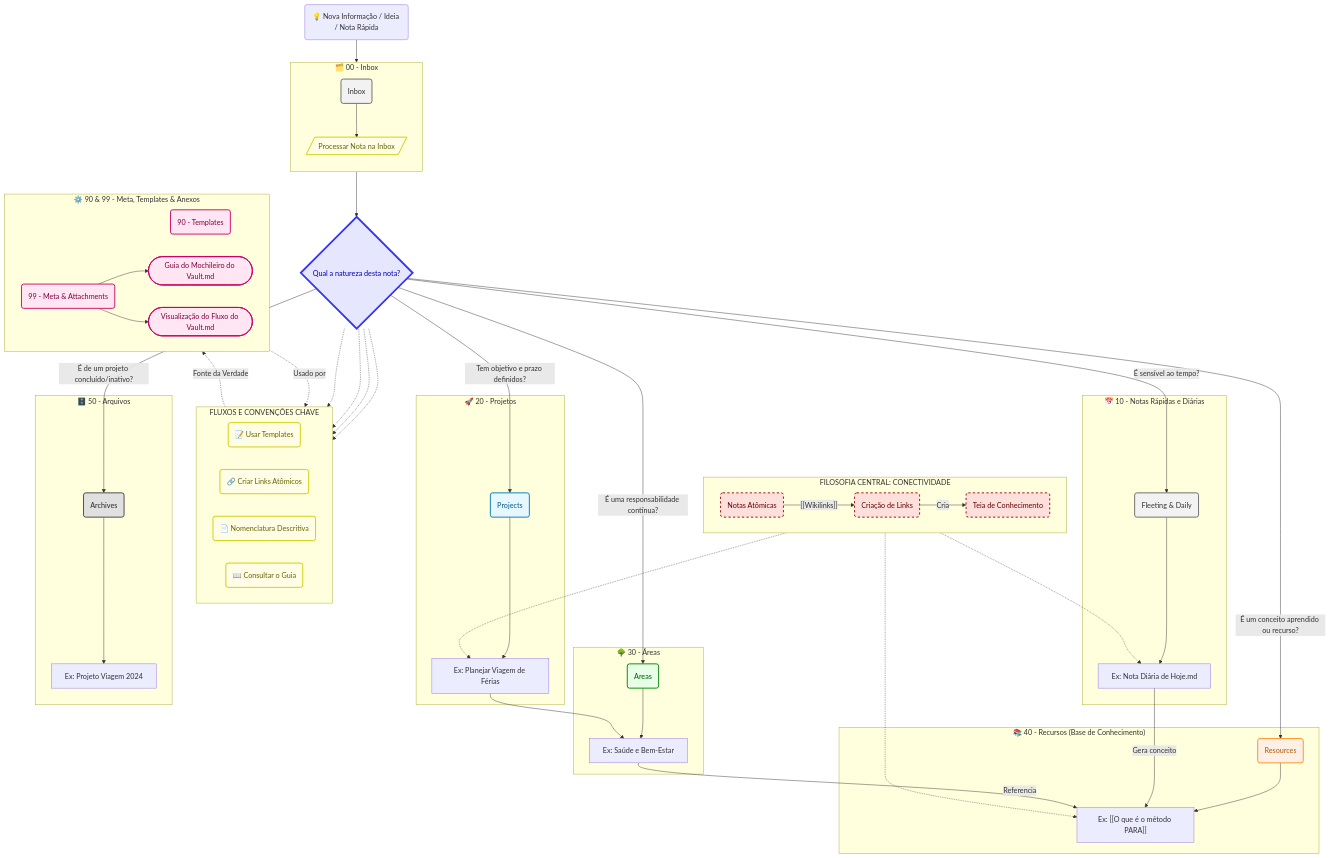
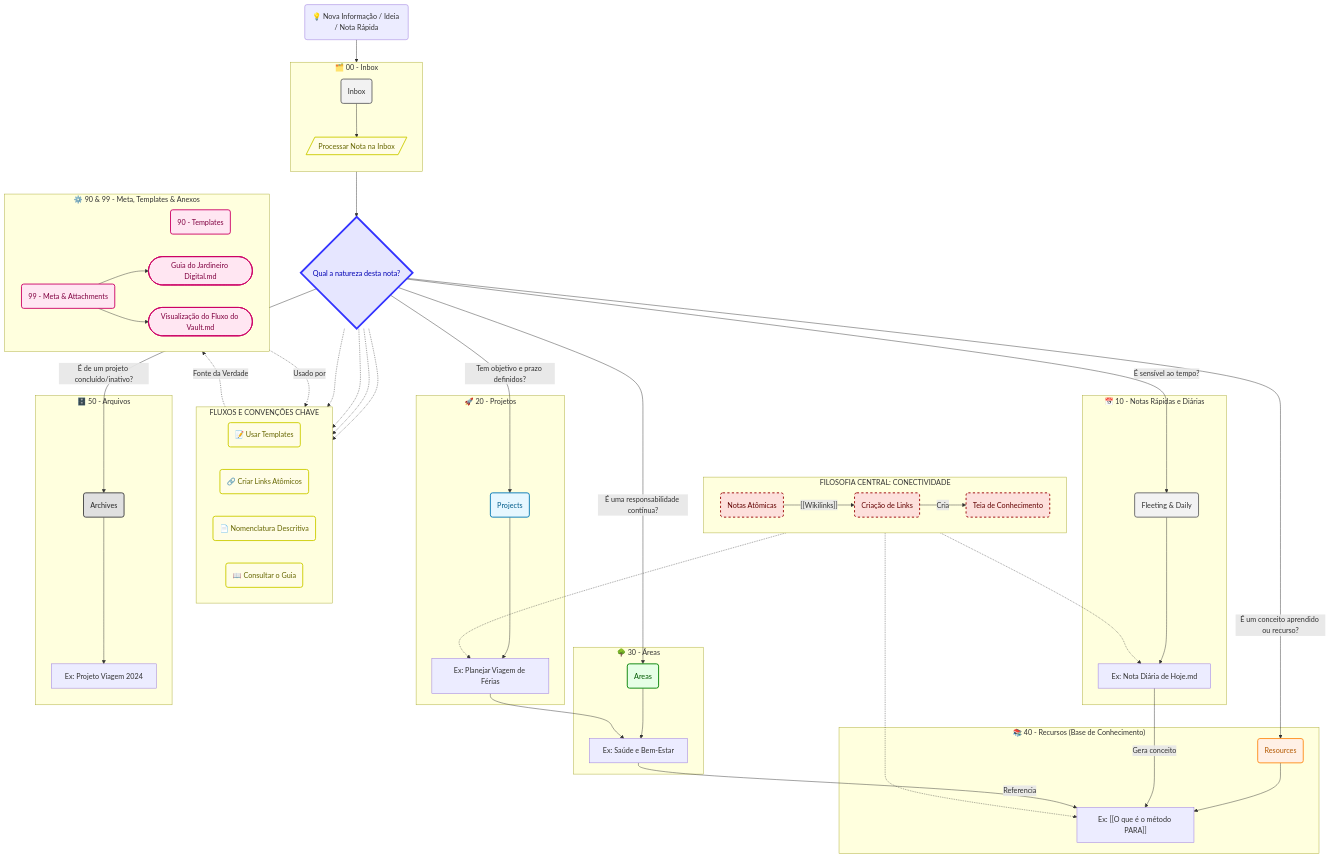
Before and after one commit to aretw0/vault-seed: the diagram in 99 - Meta & Attachments/Visualização do Fluxo do Vault.md, drawn with Mermaid.

Commit message:
Update Visualização do Fluxo do Vault.md

```diff
--- a/99 - Meta & Attachments/Visualização do Fluxo do Vault.md
+++ b/99 - Meta & Attachments/Visualização do Fluxo do Vault.md
@@ -96,7 +96,7 @@
         direction LR
         TemplatesDir("90 - Templates"):::meta
         MetaDir("99 - Meta & Attachments"):::meta
-        Guia(["Guia do Mochileiro do Vault.md"]):::meta
+        Guia(["Guia do Jardineiro Digital.md"]):::meta
         Diagrama(["Visualização do Fluxo do Vault.md"]):::meta
         MetaDir --> Guia & Diagrama
         KW4 -. "Fonte da Verdade" .-> Guia
```
